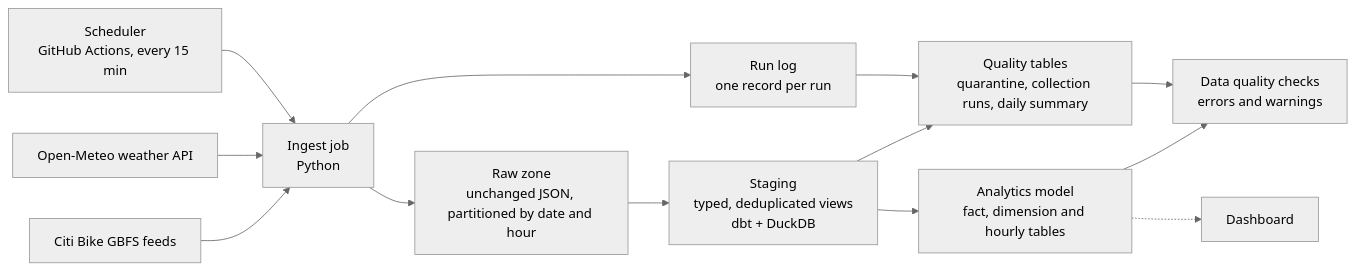
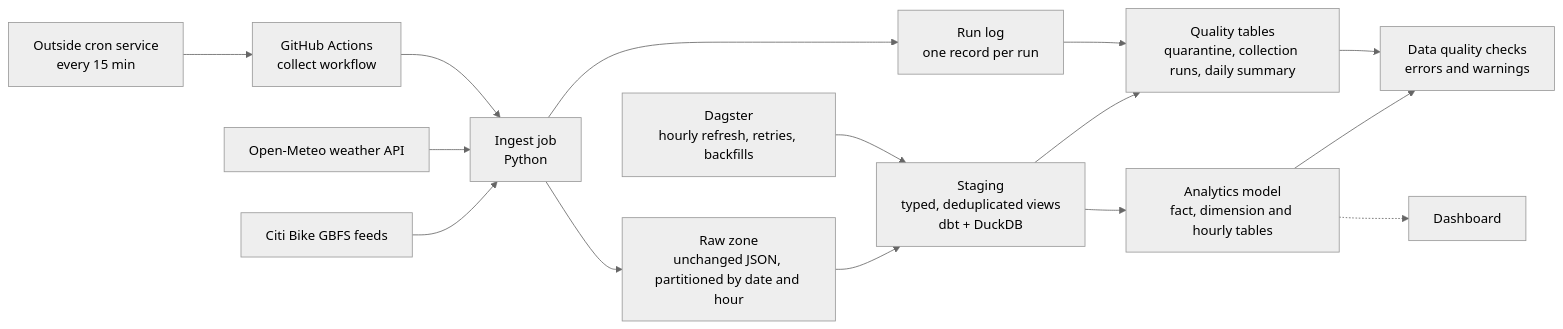
One commit to DTOX10011/bikeshare-data-pipeline changed the first of 2 diagrams in README.md. Above: the diagram before and after it, drawn with Mermaid (neutral theme). The commit also changed other lines of this file and 18 other files, not shown here.

````diff
--- a/README.md
+++ b/README.md
@@ -11,15 +11,17 @@
 ```mermaid
 flowchart LR
     A[Citi Bike GBFS feeds] --> B[Ingest job<br>Python]
     W[Open-Meteo weather API] --> B
-    H[Scheduler<br>GitHub Actions, every 15 min] --> B
+    T[Outside cron service<br>every 15 min] --> H[GitHub Actions<br>collect workflow]
+    H --> B
     B --> C[Raw zone<br>unchanged JSON, partitioned by date and hour]
     B --> L[Run log<br>one record per run]
     C --> D[Staging<br>typed, deduplicated views<br>dbt + DuckDB]
     D --> E[Analytics model<br>fact, dimension and hourly tables]
     D --> Q[Quality tables<br>quarantine, collection runs, daily summary]
     L --> Q
     E --> G[Data quality checks<br>errors and warnings]
     Q --> G
+    O[Dagster<br>hourly refresh, retries, backfills] --> D
     E -.-> F[Dashboard]
 ```
````
